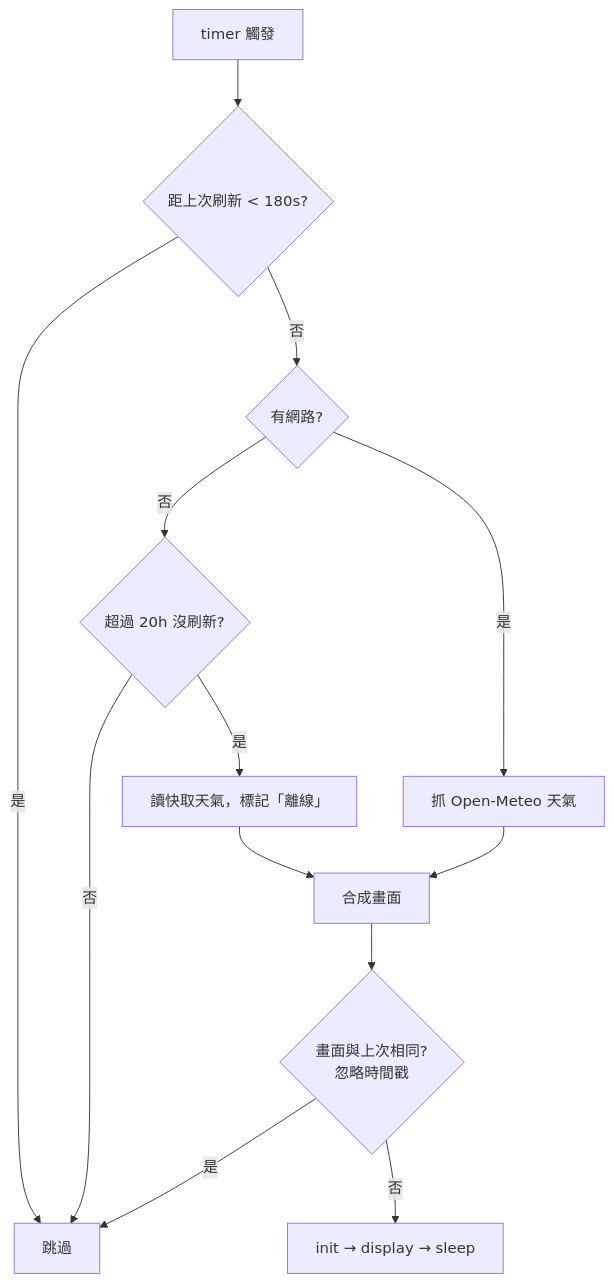
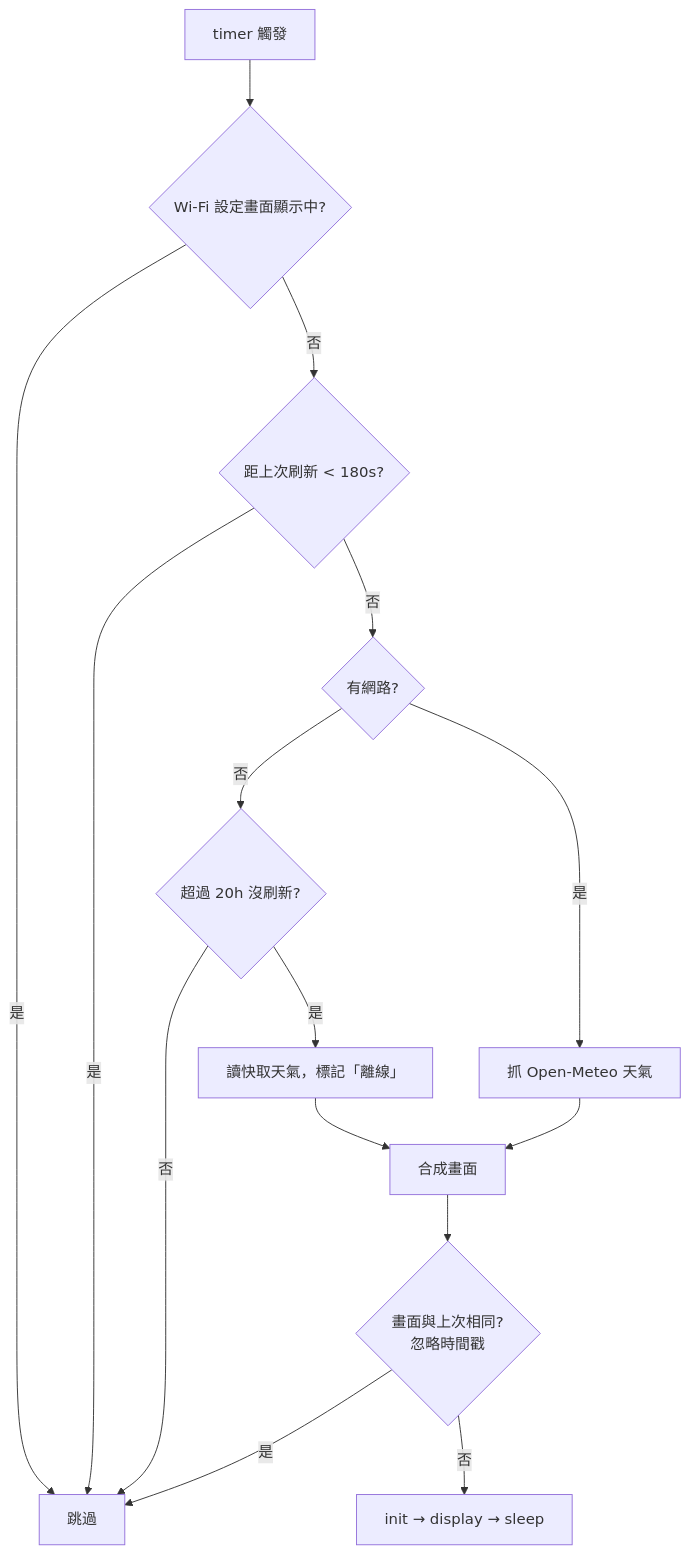
One commit to crazylittleJ/epaper-weather-dashboard changed the first of 3 diagrams in README.zh-TW.md. Above: the diagram before and after it, drawn with Mermaid. The commit also changed other lines of this file and 13 other files, not shown here.

````diff
--- a/README.zh-TW.md
+++ b/README.zh-TW.md
@@ -333,15 +363,17 @@
 ```mermaid
 flowchart TD
-    A[timer 觸發] --> B{距上次刷新 < 180s?}
+    A[timer 觸發] --> S{Wi-Fi 設定畫面顯示中?}
+    S -- 是 --> X[跳過]
+    S -- 否 --> B{距上次刷新 < 180s?}
     B -- 是 --> X[跳過]
     B -- 否 --> C{有網路?}
     C -- 否 --> D{超過 20h 沒刷新?}
     D -- 否 --> X
     D -- 是 --> E[讀快取天氣，標記「離線」]
     C -- 是 --> F[抓 Open-Meteo 天氣]
     E --> G[合成畫面]
     F --> G
     G --> H{畫面與上次相同?<br/>忽略時間戳}
     H -- 是 --> X
     H -- 否 --> I[init → display → sleep]
 ```
````
